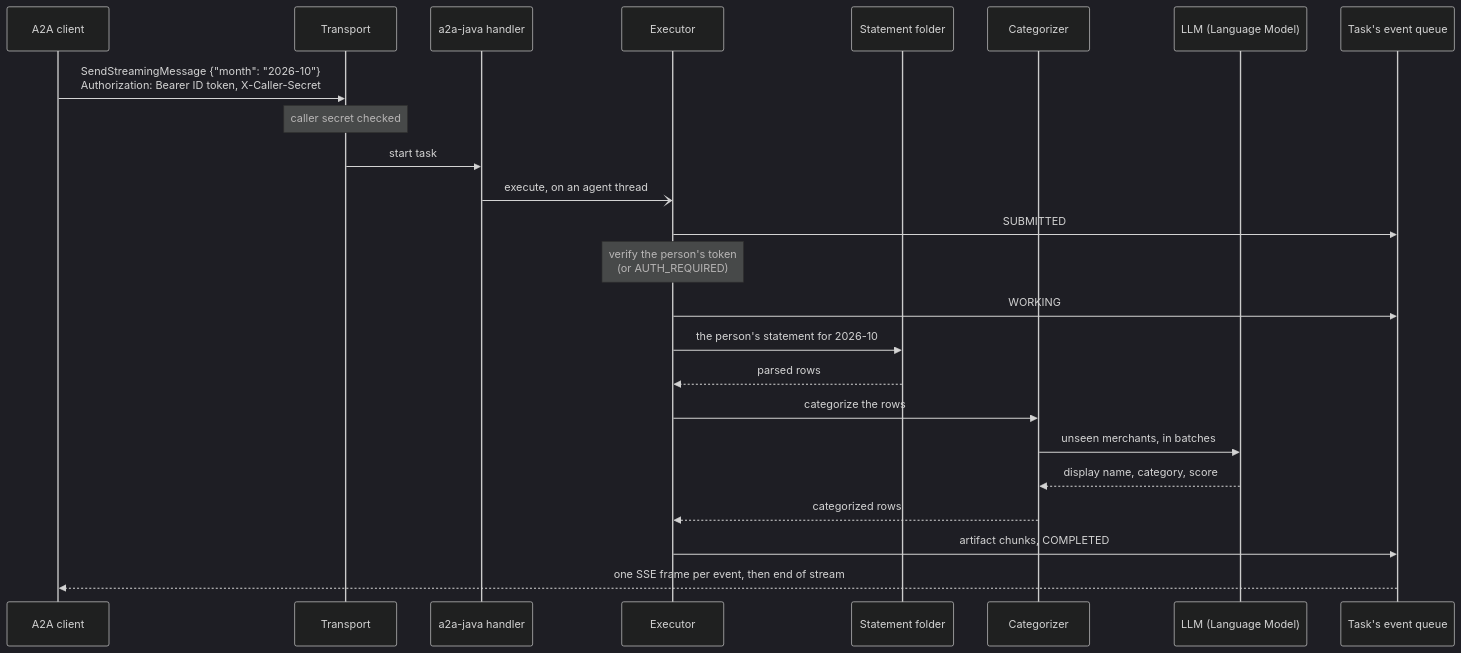
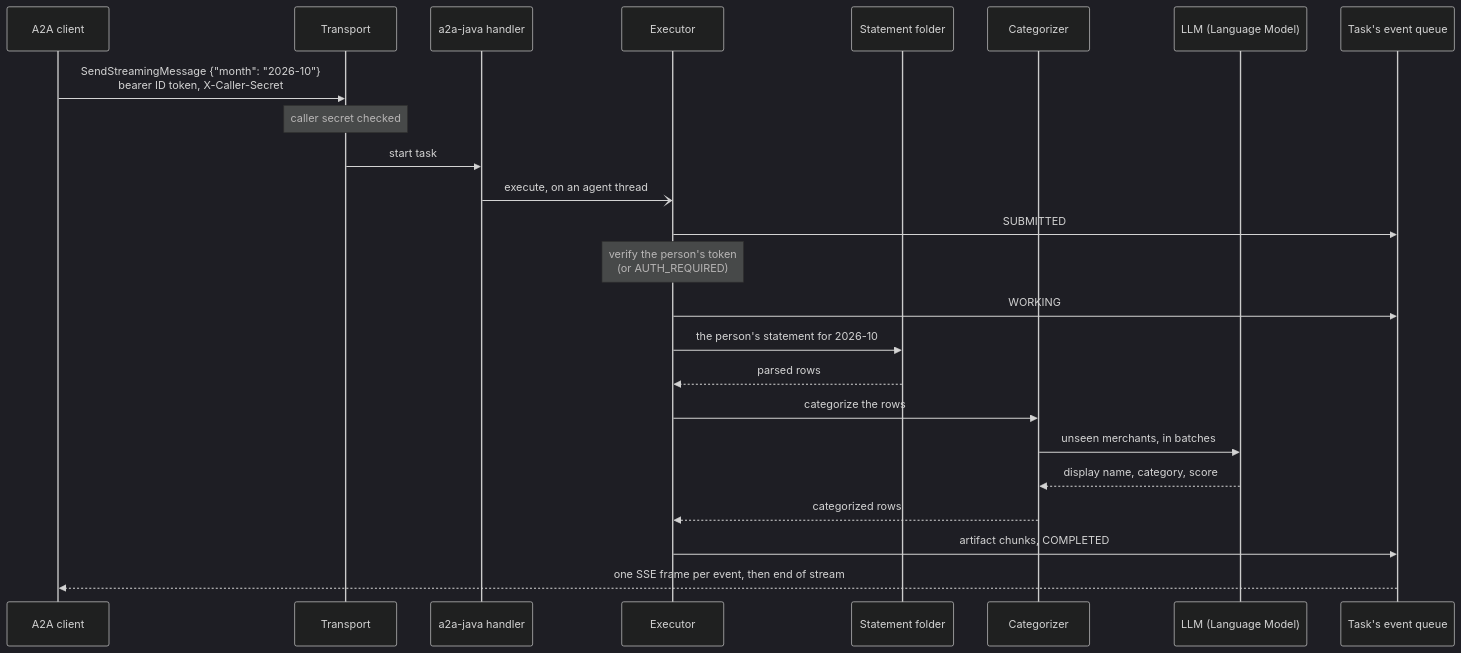
Before and after one commit to erancha/amex-agent: the diagram in docs/architecture/request-flow.md, drawn with Mermaid (dark theme). The commit also changed other lines of this file and 56 other files, not shown here.

````diff
--- a/docs/architecture/request-flow.md
+++ b/docs/architecture/request-flow.md
@@ -6,27 +11,27 @@
 ```mermaid
 sequenceDiagram
   participant C as A2A client
   participant E as Transport
   participant H as a2a-java handler
   participant X as Executor
   participant F as Statement folder
   participant M as Categorizer
   participant L as LLM (Language Model)
   participant Q as Task's event queue
 
-  C->>E: SendStreamingMessage {"month": "2026-10"}<br/>Authorization: Bearer ID token, X-Caller-Secret
+  C->>E: SendStreamingMessage {"month": "2026-10"}<br/>bearer ID token, X-Caller-Secret
   Note over E: caller secret checked
   E->>H: start task
   H-)X: execute, on an agent thread
   X->>Q: SUBMITTED
   Note over X: verify the person's token<br/>(or AUTH_REQUIRED)
   X->>Q: WORKING
   X->>F: the person's statement for 2026-10
   F-->>X: parsed rows
   X->>M: categorize the rows
   M->>L: unseen merchants, in batches
   L-->>M: display name, category, score
   M-->>X: categorized rows
   X->>Q: artifact chunks, COMPLETED
   Q-->>C: one SSE frame per event, then end of stream
 ```
````
